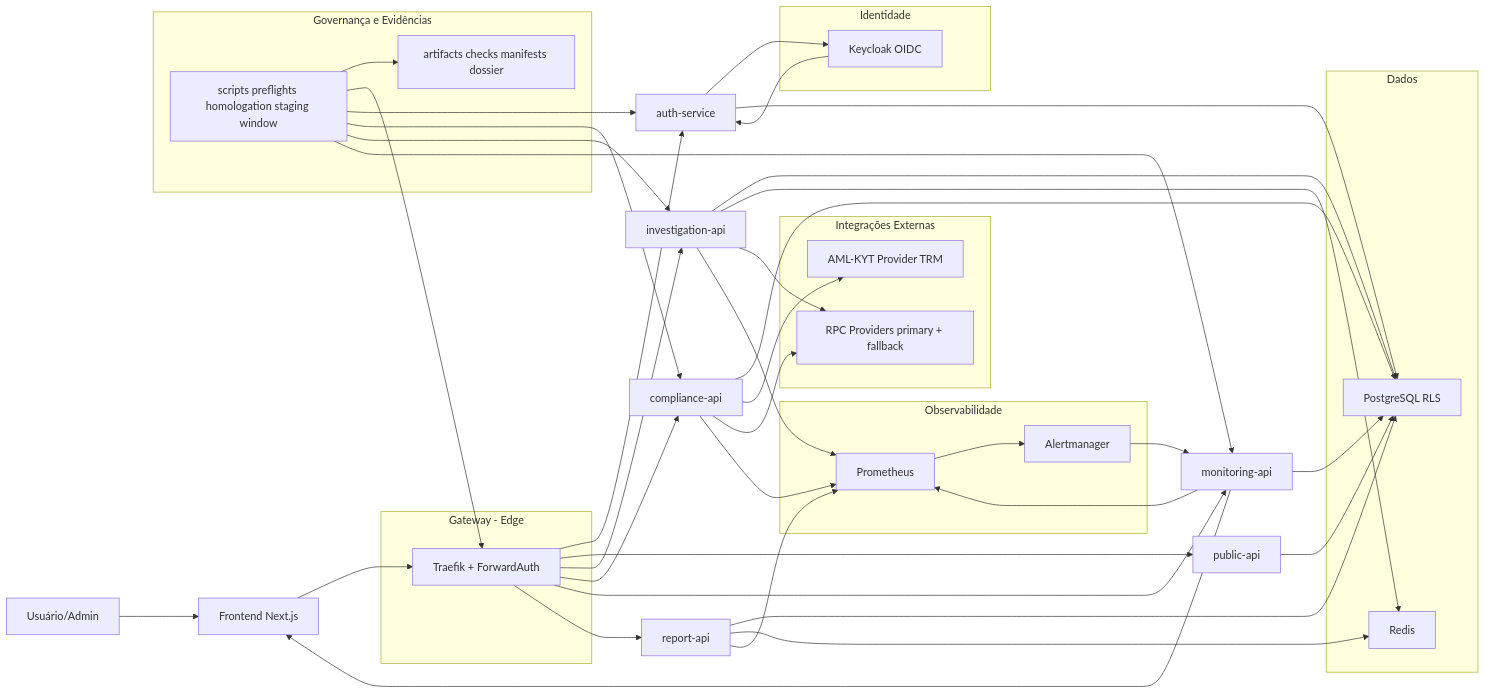
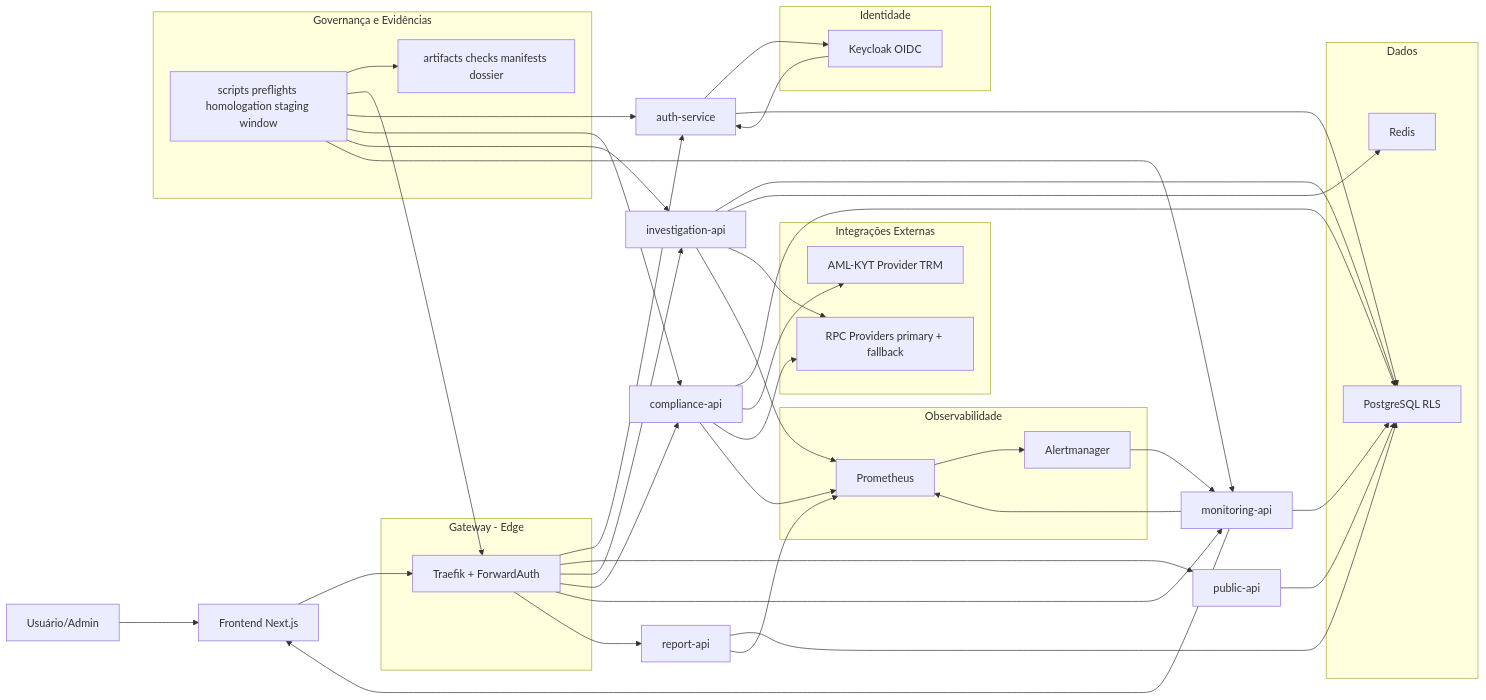
One commit to Jistriane/Ontrackchain changed the first of 7 diagrams in README.md. Above: the diagram before and after it, drawn with Mermaid. The commit also changed other lines of this file and 77 other files, not shown here.

````diff
--- a/README.md
+++ b/README.md
@@ -89,73 +94,72 @@
 ```mermaid
 flowchart LR
   user[Usuário/Admin] --> ui[Frontend Next.js]
 
   subgraph edge[Gateway - Edge]
     traefik[Traefik + ForwardAuth]
   end
 
   ui --> traefik
 
   subgraph identity[Identidade]
     keycloak[Keycloak OIDC]
   end
 
   traefik --> auth[auth-service]
   auth --> keycloak
   keycloak --> auth
 
   traefik --> public[public-api]
   traefik --> inv[investigation-api]
   traefik --> comp[compliance-api]
   traefik --> mon[monitoring-api]
   traefik --> rep[report-api]
 
   subgraph data[Dados]
     pg[PostgreSQL RLS]
     redis[Redis]
   end
 
   auth --> pg
   public --> pg
   inv --> pg
   comp --> pg
   mon --> pg
   rep --> pg
 
   inv --> redis
-  rep --> redis
 
   subgraph external[Integrações Externas]
     trm[AML-KYT Provider TRM]
     rpc[RPC Providers primary + fallback]
   end
 
   comp --> trm
   inv --> rpc
   comp --> rpc
 
   subgraph obs[Observabilidade]
     prom[Prometheus]
     am[Alertmanager]
   end
 
   inv --> prom
   mon --> prom
   comp --> prom
   rep --> prom
   prom --> am
   am --> mon
   mon --> ui
 
   subgraph governance[Governança e Evidências]
     scripts[scripts preflights homologation staging window]
     artifacts[artifacts checks manifests dossier]
   end
 
   scripts --> artifacts
   scripts --> traefik
   scripts --> auth
   scripts --> comp
   scripts --> inv
   scripts --> mon
 ```
````
